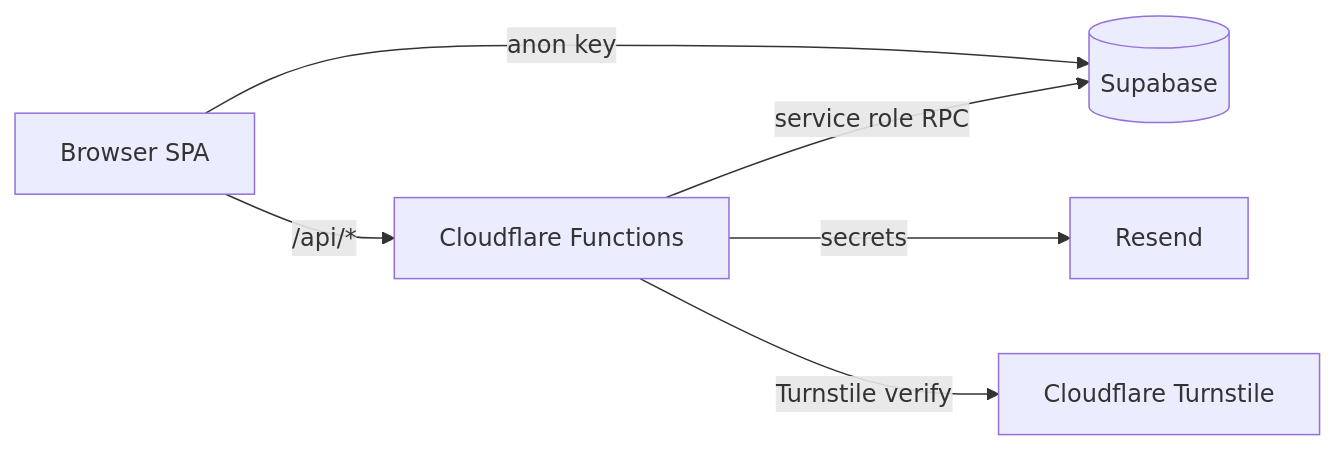
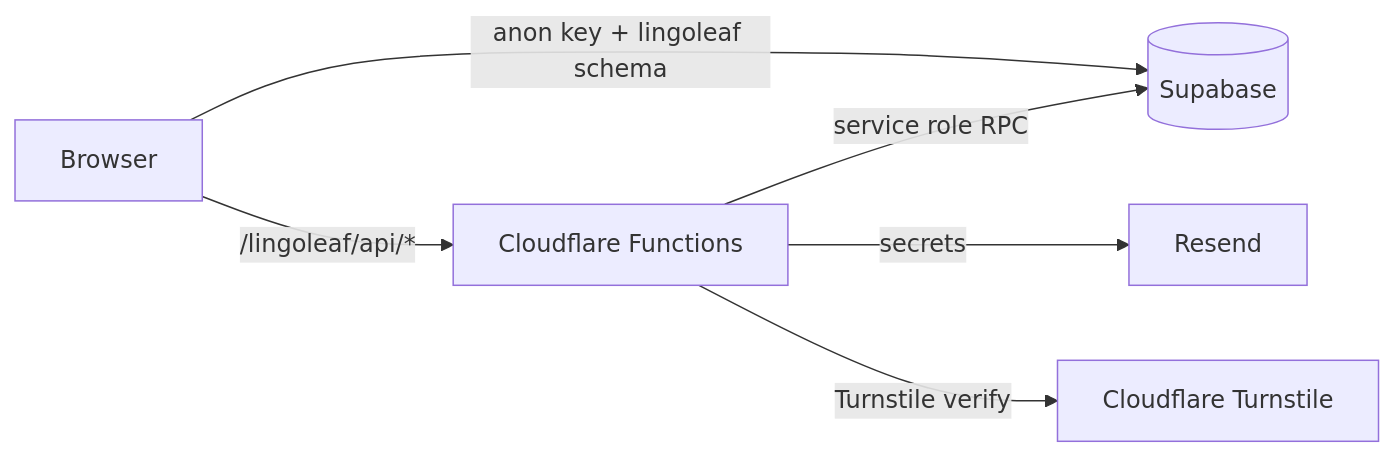
One commit to cjpepin/lingoleaf-web changed the diagram in README.md. Above: the diagram before and after it, drawn with Mermaid. The commit also changed other lines of this file and 59 other files, not shown here.

````diff
--- a/README.md
+++ b/README.md
@@ -57,8 +56,8 @@
 ```mermaid
 flowchart LR
-  Browser[Browser SPA] -->|anon key| Supabase[(Supabase)]
-  Browser -->|/api/*| CF[Cloudflare Functions]
+  Browser -->|anon key + lingoleaf schema| Supabase[(Supabase)]
+  Browser -->|/lingoleaf/api/*| CF[Cloudflare Functions]
   CF -->|secrets| Resend[Resend]
   CF -->|Turnstile verify| Turnstile[Cloudflare Turnstile]
   CF -->|service role RPC| Supabase
 ```
````
